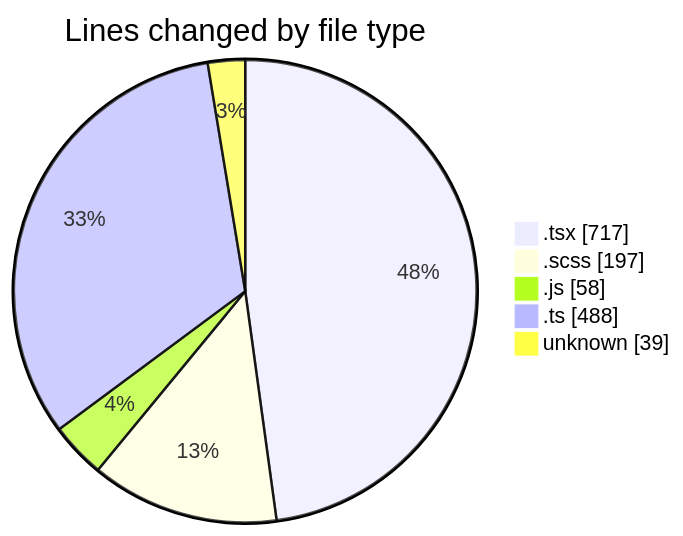
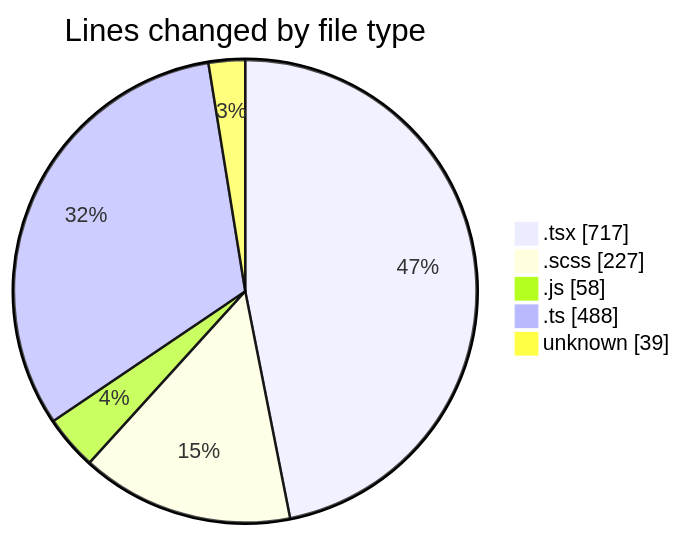
One commit to momahboobian/code-tracking changed the first of 2 diagrams in 2025-05-02/cda/README.md. Above: the diagram before and after it, drawn with Mermaid. The commit also changed other lines of this file and 1 other file, not shown here.

````diff
--- a/2025-05-02/cda/README.md
+++ b/2025-05-02/cda/README.md
@@ -28,9 +28,9 @@
 ```mermaid
 pie showData
 title Lines changed by file type
 ".tsx" : 717
-".scss" : 197
+".scss" : 227
 ".js" : 58
 ".ts" : 488
 "unknown" : 39
 ```
````
